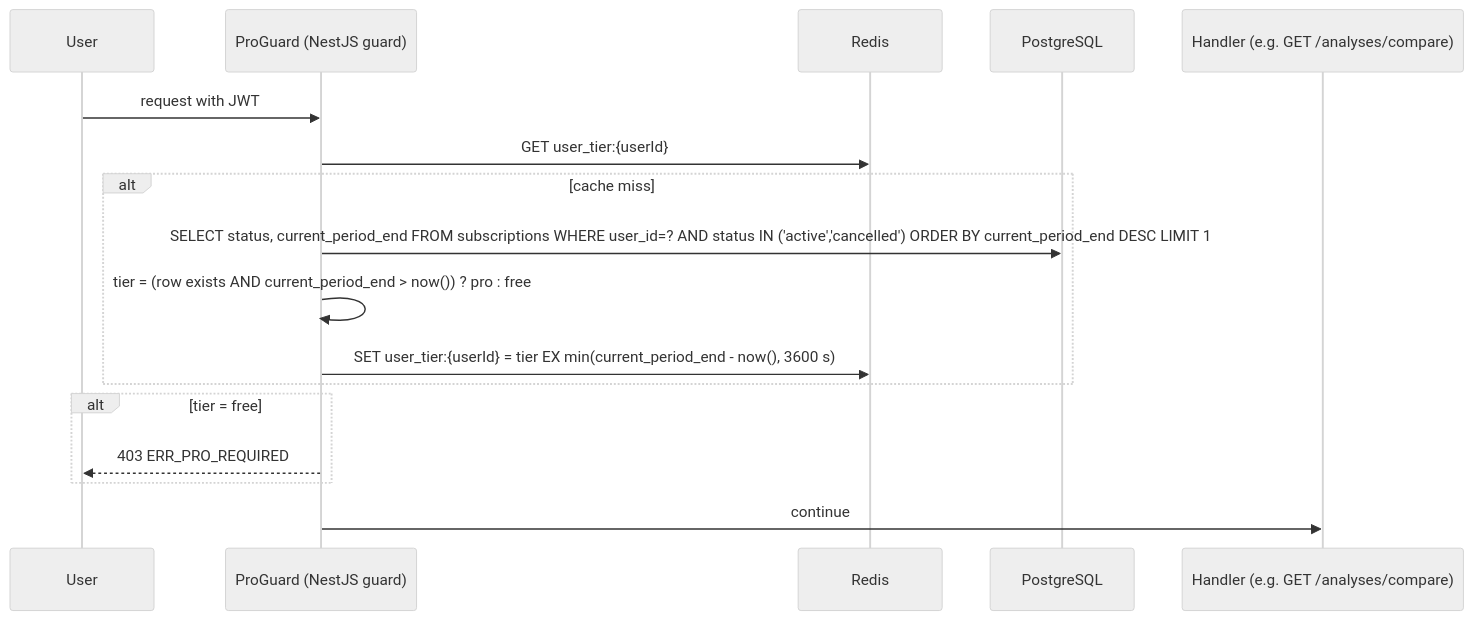
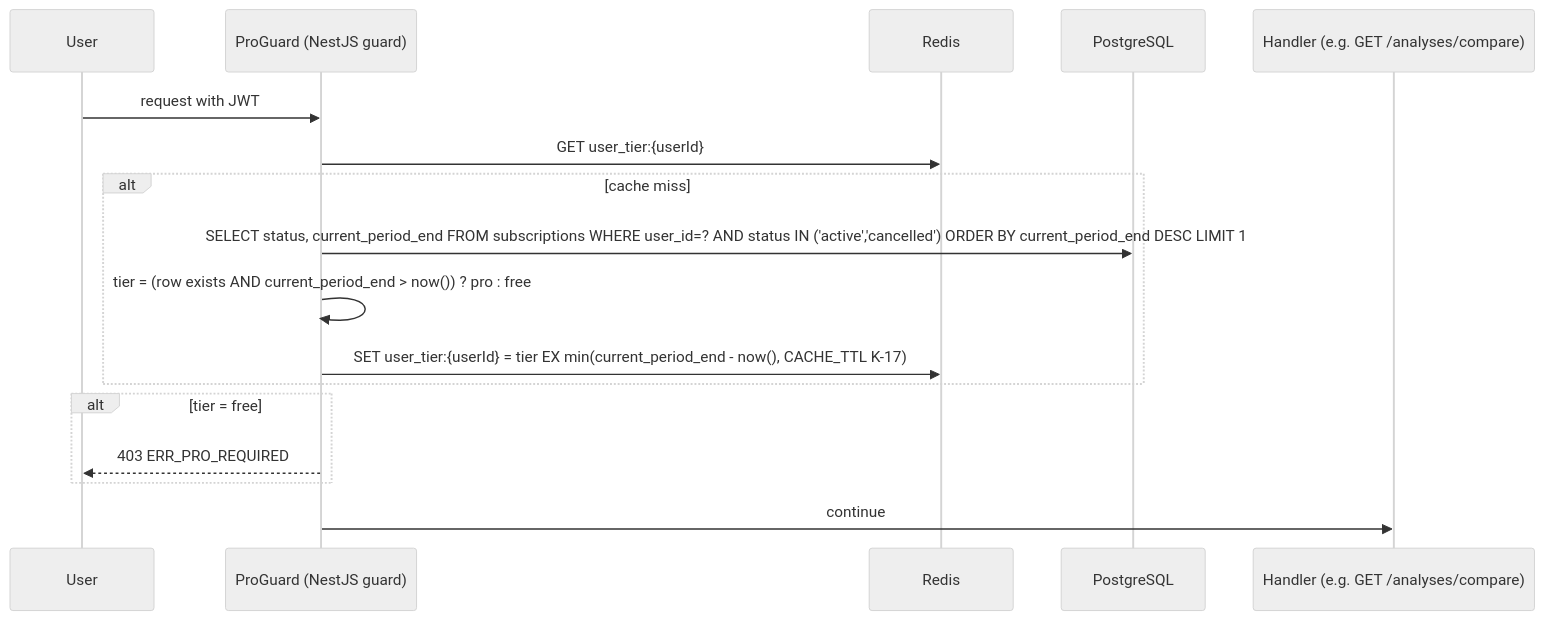
The fifth of 6 diagrams in sovan/spec.md (divii-school/spec-homework), drawn with Mermaid (neutral theme) before and after one commit. The commit also changed other lines of this file, not shown here.

````diff
--- a/sovan/spec.md
+++ b/sovan/spec.md
@@ -393,20 +452,20 @@
 ```mermaid
 sequenceDiagram
     participant U as User
     participant G as ProGuard (NestJS guard)
     participant R as Redis
     participant DB as PostgreSQL
     participant H as Handler (e.g. GET /analyses/compare)
 
     U->>G: request with JWT
     G->>R: GET user_tier:{userId}
     alt cache miss
         G->>DB: SELECT status, current_period_end FROM subscriptions WHERE user_id=? AND status IN ('active','cancelled') ORDER BY current_period_end DESC LIMIT 1
         G->>G: tier = (row exists AND current_period_end > now()) ? pro : free
-        G->>R: SET user_tier:{userId} = tier EX min(current_period_end - now(), 3600 s)
+        G->>R: SET user_tier:{userId} = tier EX min(current_period_end - now(), CACHE_TTL K-17)
     end
     alt tier = free
         G-->>U: 403 ERR_PRO_REQUIRED
     end
     G->>H: continue
 ```
````
